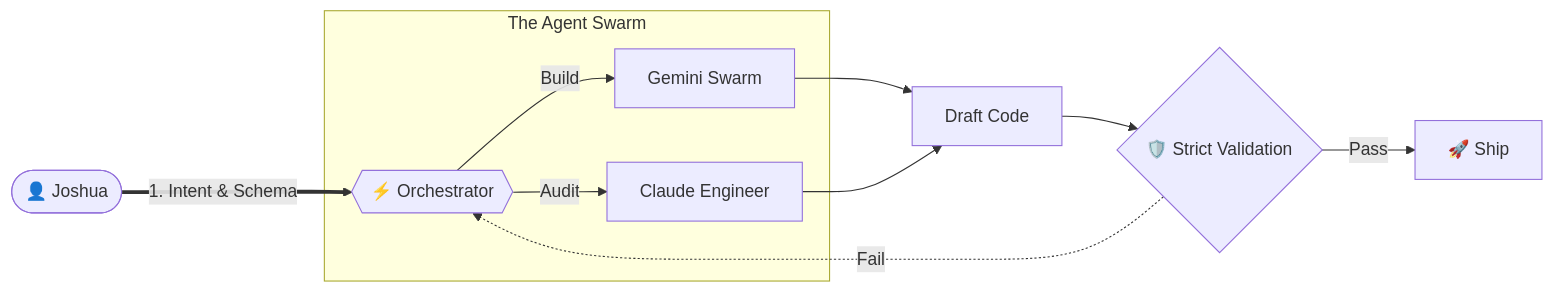
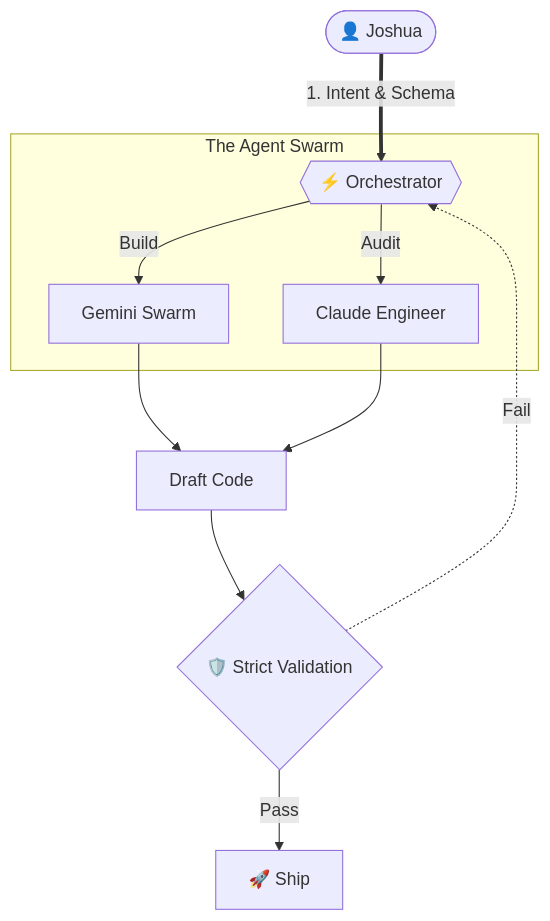
One commit to shifujosh/shifujosh changed the diagram in README.md. Above: the diagram before and after it, drawn with Mermaid. The commit also changed other lines of this file, not shown here.

````diff
--- a/README.md
+++ b/README.md
@@ -34,15 +34,15 @@
 ```mermaid
-graph LR
+graph TD
     Human([👤 Joshua]) ==>|1. Intent & Schema| Orchestrator{{"⚡ Orchestrator"}}
     
     subgraph Agents ["The Agent Swarm"]
         Orchestrator -->|Build| Gemini[Gemini Swarm]
         Orchestrator -->|Audit| Claude[Claude Engineer]
     end
     
     Gemini & Claude --> Draft[Draft Code]
     Draft --> Validation{"🛡️ Strict Validation"}
     
     Validation -->|Pass| Production[🚀 Ship]
     Validation -.->|Fail| Orchestrator
 ```
````
